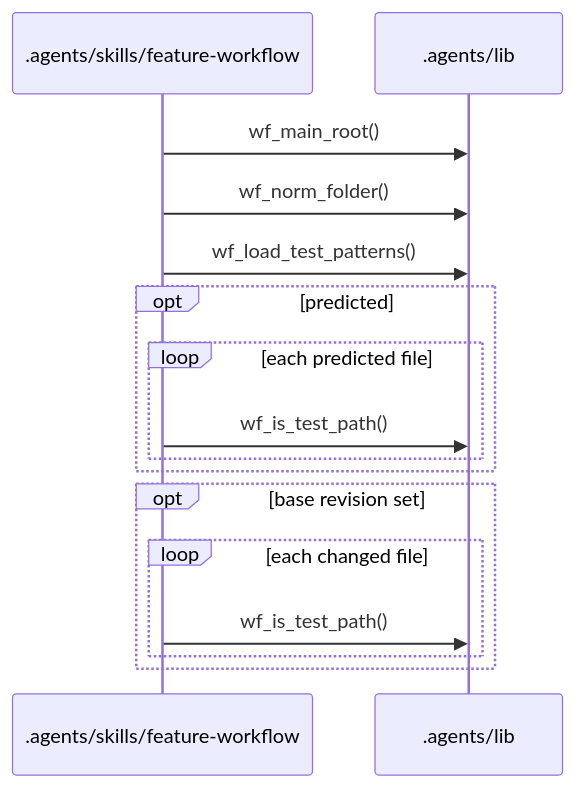
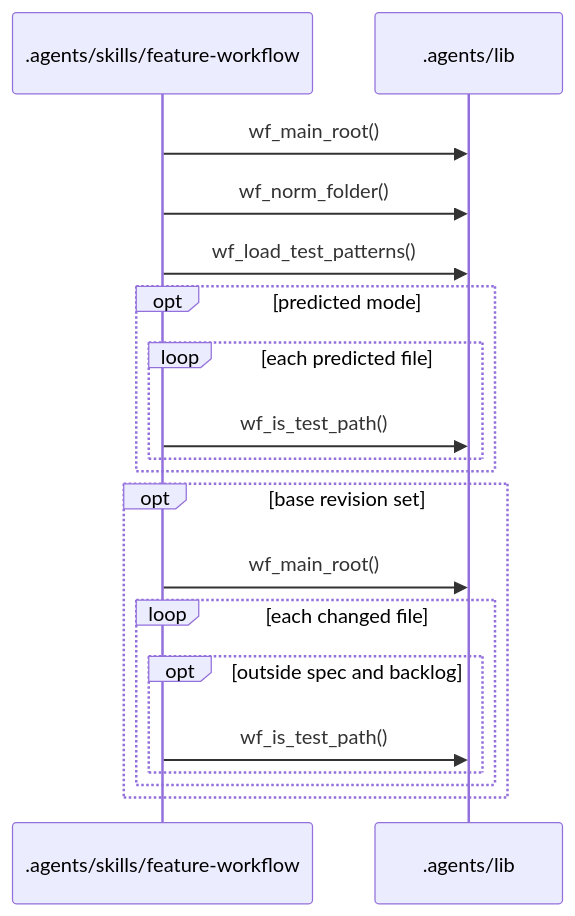
Before and after one commit to TajVirani/llm-scaffold-claude: the seventh of 15 diagrams in .workflow/cache/flows.md, drawn with Mermaid. The commit also changed other lines of this file and 2 other files, not shown here.

````diff
--- a/.workflow/cache/flows.md
+++ b/.workflow/cache/flows.md
@@ -150,18 +175,21 @@
 ```mermaid
 sequenceDiagram
   participant _agents_skills_feature_workflow as .agents/skills/feature-workflow
   participant _agents_lib as .agents/lib
   _agents_skills_feature_workflow->>_agents_lib: wf_main_root()
   _agents_skills_feature_workflow->>_agents_lib: wf_norm_folder()
   _agents_skills_feature_workflow->>_agents_lib: wf_load_test_patterns()
-  opt predicted
+  opt predicted mode
     loop each predicted file
       _agents_skills_feature_workflow->>_agents_lib: wf_is_test_path()
     end
   end
   opt base revision set
+    _agents_skills_feature_workflow->>_agents_lib: wf_main_root()
     loop each changed file
-      _agents_skills_feature_workflow->>_agents_lib: wf_is_test_path()
+      opt outside spec and backlog
+        _agents_skills_feature_workflow->>_agents_lib: wf_is_test_path()
+      end
     end
   end
 ```
````
